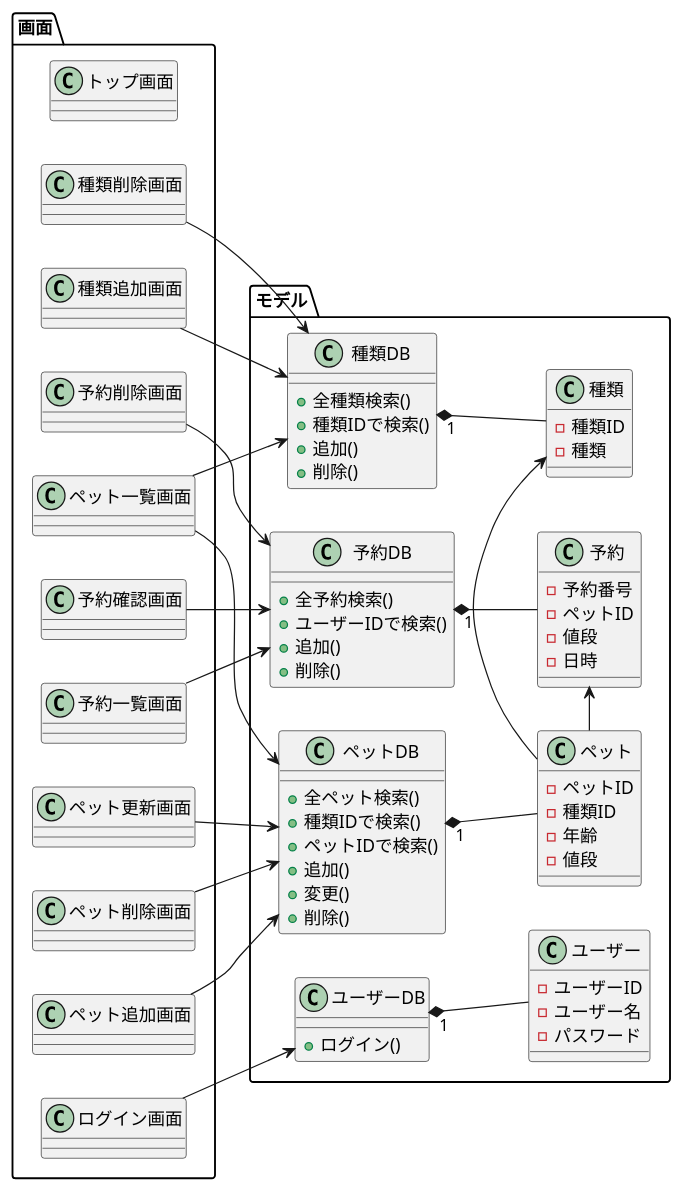
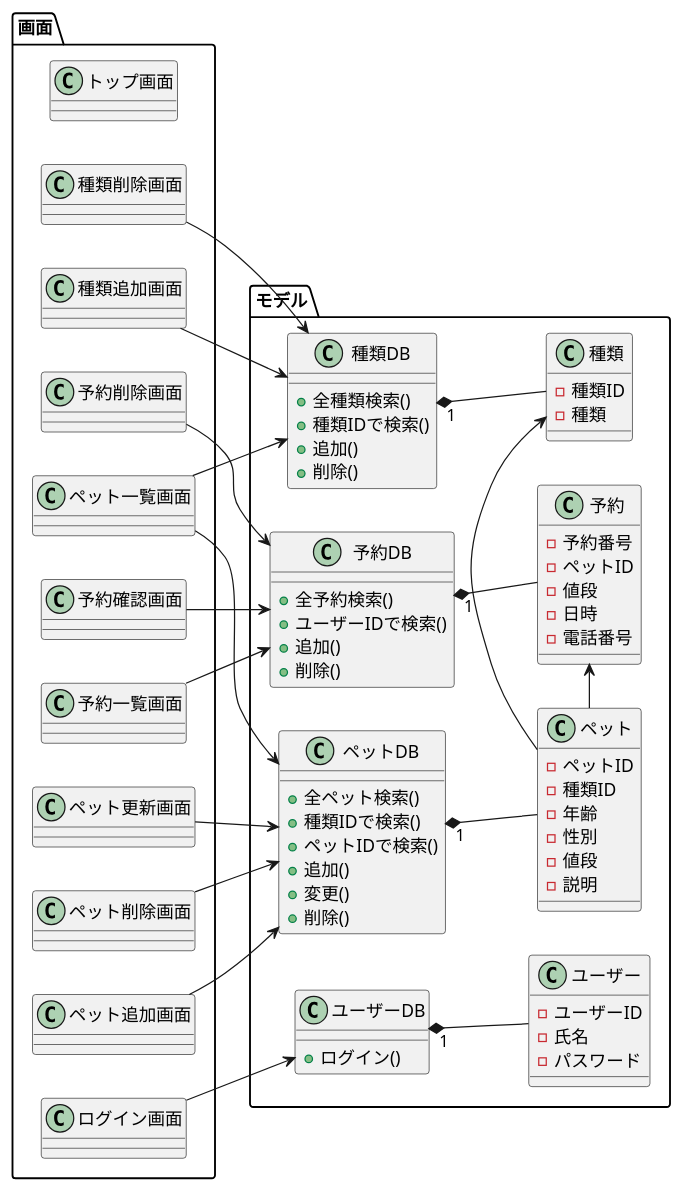
Before and after one commit to Tyamanaka07/WebSystem: the diagram in UML/class.pu, drawn with PlantUML.

```diff
--- a/UML/class.pu
+++ b/UML/class.pu
@@ -1,92 +1,95 @@
 @startuml
 left to right direction
 
 package モデル{
 class ペット{
 	-ペットID
 	-種類ID
 	-年齢
+	-性別
 	-値段
+	-説明
 }
 
 class 種類{
 	-種類ID
 	-種類
 }
 
 class ユーザー{
 	-ユーザーID
-	-ユーザー名
+	-氏名
 	-パスワード
 }
 
 class 予約{
 	-予約番号
 	-ペットID
 	-値段
 	-日時
+	-電話番号
 }
 
 class ペットDB{
 	+全ペット検索()
 	+種類IDで検索()
 	+ペットIDで検索()
 	+追加()
 	+変更()
 	+削除()
 }
 
 class 種類DB{
 	+全種類検索()
 	+種類IDで検索()
 	+追加()
 	+削除()
 }
 
 class ユーザーDB{
 	+ログイン()
 }
 
 class 予約DB{
 	+全予約検索()
 	+ユーザーIDで検索()
 	+追加()
 	+削除()
 }
 }
 
 package 画面{
 class トップ画面
 class ペット一覧画面
 class ログイン画面
 class ペット追加画面
 class ペット更新画面
 class ペット削除画面
 class 種類追加画面
 class 種類削除画面
 class 予約確認画面
 class 予約一覧画面
 class 予約削除画面
 
 }
 
 ペットDB "1" *-- ペット
 種類DB "1" *-- 種類
 ユーザーDB "1" *-- ユーザー
 予約DB "1" *-- 予約
 ペット -> 種類
 ペット -> 予約
 
 ペット一覧画面-->種類DB
 ペット一覧画面-->ペットDB
 ログイン画面-->ユーザーDB
 ペット追加画面-->ペットDB
 ペット更新画面-->ペットDB
 種類追加画面-->種類DB
 種類削除画面-->種類DB
 ペット削除画面-->ペットDB
 予約確認画面-->予約DB
 予約一覧画面-->予約DB
 予約削除画面-->予約DB
 
 @enduml
```
